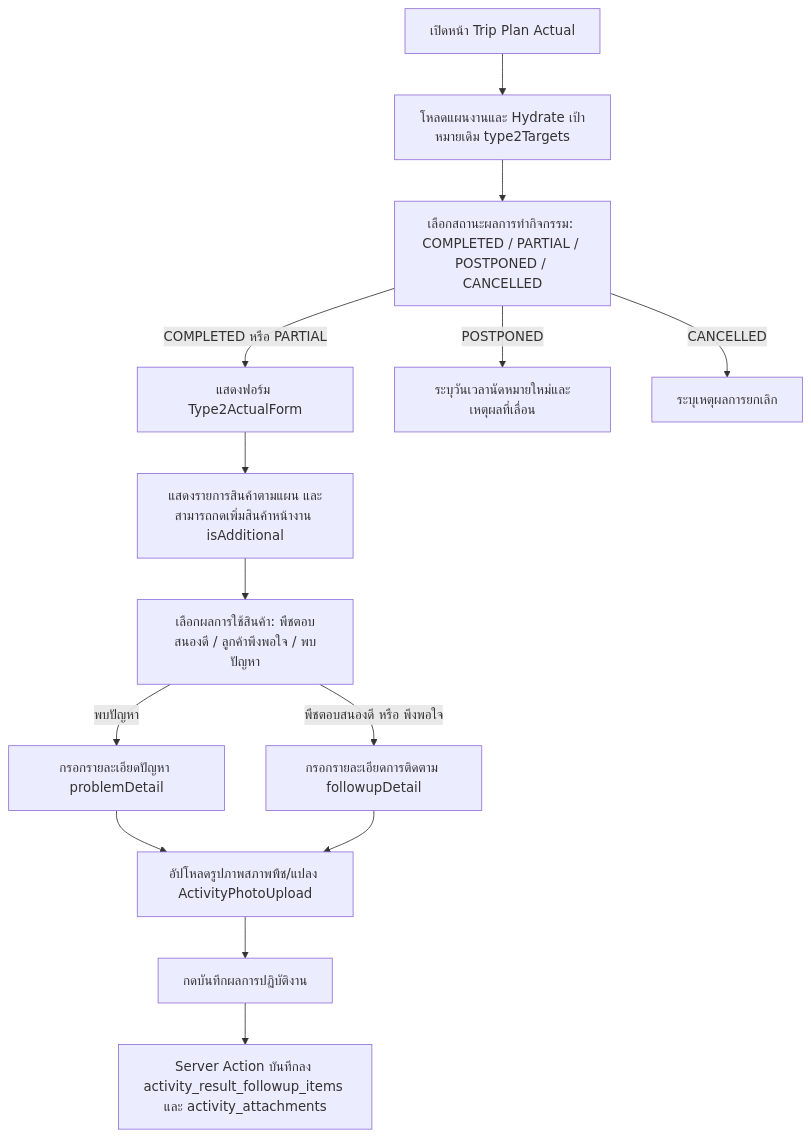
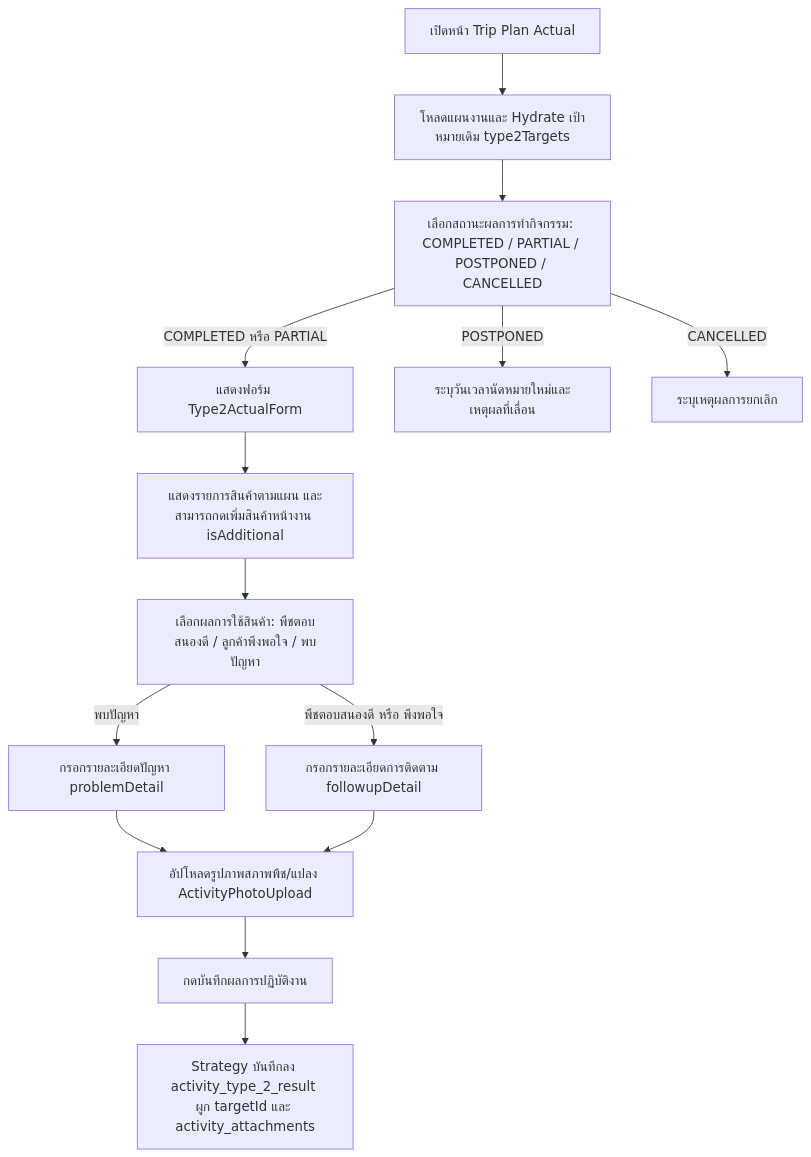
One commit to bankhk10/crm-bank changed the second of 4 diagrams in modules/activity/features/type-2/README.md. Above: the diagram before and after it, drawn with Mermaid. The commit also changed other lines of this file and 19 other files, not shown here.

````diff
--- a/modules/activity/features/type-2/README.md
+++ b/modules/activity/features/type-2/README.md
@@ -55,16 +55,16 @@
 ```mermaid
 graph TD
     A[เปิดหน้า Trip Plan Actual] --> B[โหลดแผนงานและ Hydrate เป้าหมายเดิม type2Targets]
     B --> C[เลือกสถานะผลการทำกิจกรรม: COMPLETED / PARTIAL / POSTPONED / CANCELLED]
     C -->|COMPLETED หรือ PARTIAL| D[แสดงฟอร์ม Type2ActualForm]
     D --> E[แสดงรายการสินค้าตามแผน และสามารถกดเพิ่มสินค้าหน้างาน isAdditional]
     E --> F[เลือกผลการใช้สินค้า: พืชตอบสนองดี / ลูกค้าพึงพอใจ / พบปัญหา]
     F -->|พบปัญหา| G[กรอกรายละเอียดปัญหา problemDetail]
     F -->|พืชตอบสนองดี หรือ พึงพอใจ| H[กรอกรายละเอียดการติดตาม followupDetail]
     G --> I[อัปโหลดรูปภาพสภาพพืช/แปลง ActivityPhotoUpload]
     H --> I
     I --> J[กดบันทึกผลการปฏิบัติงาน]
-    J --> K[Server Action บันทึกลง activity_result_followup_items และ activity_attachments]
+    J --> K[Strategy บันทึกลง activity_type_2_result ผูก targetId และ activity_attachments]
     C -->|POSTPONED| L[ระบุวันเวลานัดหมายใหม่และเหตุผลที่เลื่อน]
     C -->|CANCELLED| M[ระบุเหตุผลการยกเลิก]
 ```
````
